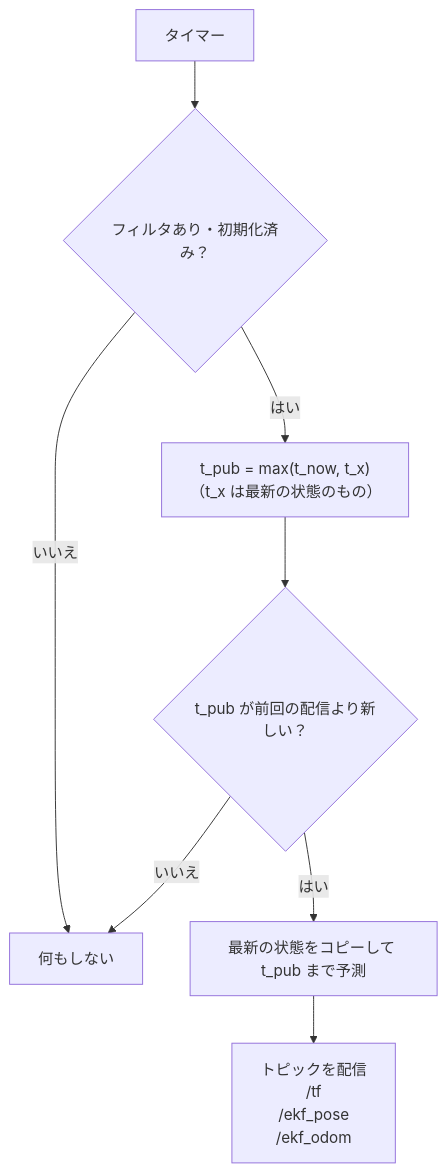
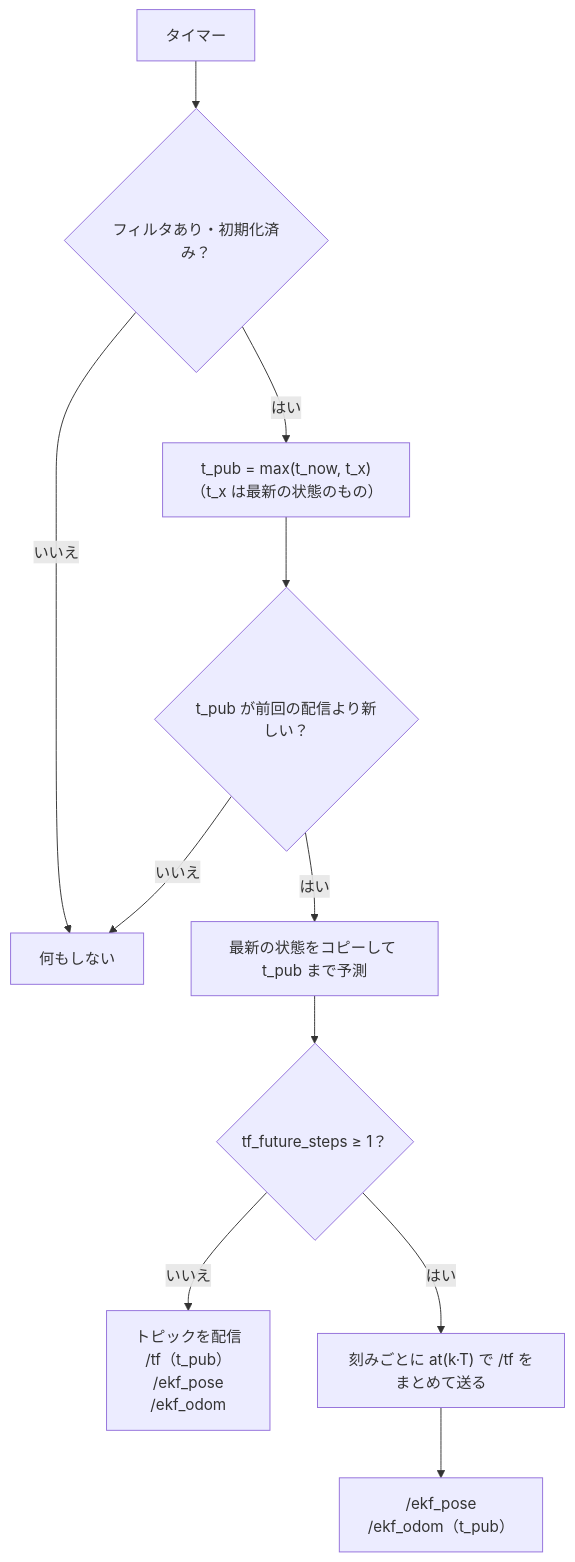
Before and after one commit to MaeharaTakumi/ekf_localizer: the fifth of 5 diagrams in docs/ekf_flow.md, drawn with Mermaid. The commit also changed other lines of this file and 11 other files, not shown here.

Commit message:
TF を周期の刻みの stamp で先の刻みまで送る tf_future_steps・tf_past_steps を足す（既定 0 で今と同じ）

````diff
--- a/docs/ekf_flow.md
+++ b/docs/ekf_flow.md
@@ -306,10 +307,13 @@
 ```mermaid
 flowchart TD
   A["タイマー"] --> B{"フィルタあり・初期化済み？"}
   B -->|いいえ| X["何もしない"]
   B -->|はい| C["t_pub = max(t_now, t_x)<br/>（t_x は最新の状態のもの）"]
   C --> D{"t_pub が前回の配信より新しい？"}
   D -->|いいえ| X
   D -->|はい| E["最新の状態をコピーして t_pub まで予測"]
-  E --> F["トピックを配信<br/>/tf<br/>/ekf_pose<br/>/ekf_odom"]
+  E --> G{"tf_future_steps ≥ 1？"}
+  G -->|いいえ| F["トピックを配信<br/>/tf（t_pub）<br/>/ekf_pose<br/>/ekf_odom"]
+  G -->|はい| H["刻みごとに at(k·T) で /tf をまとめて送る"]
+  H --> F2["/ekf_pose<br/>/ekf_odom（t_pub）"]
 ```
````
